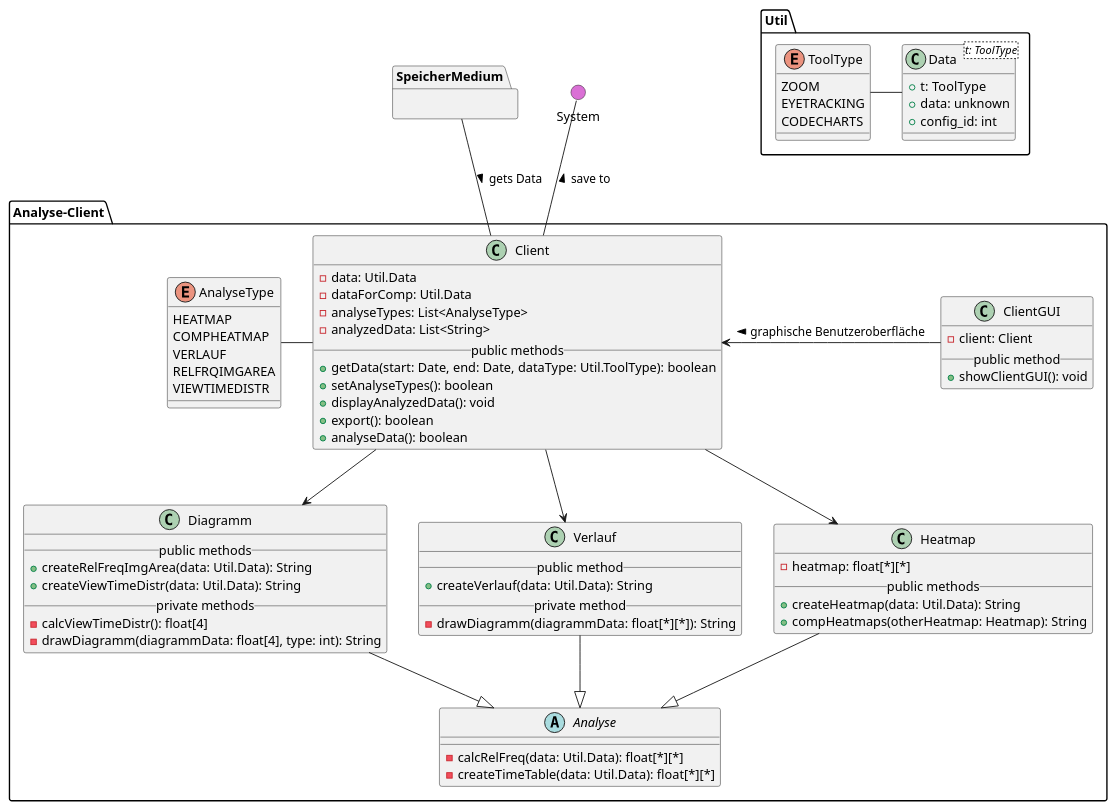
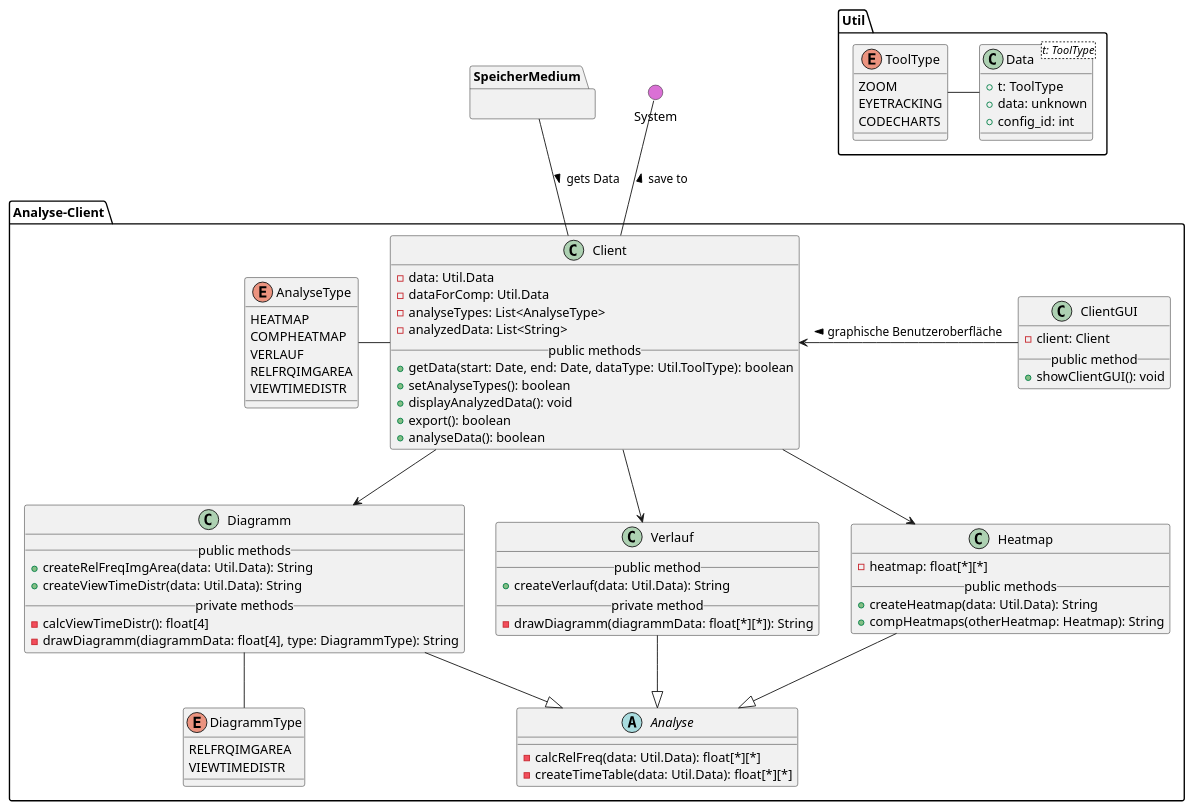
The diagram in meilenstein_03/uml-analyse-client/analyseclient.puml (weichware10/meilensteine), drawn with PlantUML before and after one commit.

Commit message:
Änderung Diagramm-Funktion

```diff
--- a/meilenstein_03/uml-analyse-client/analyseclient.puml
+++ b/meilenstein_03/uml-analyse-client/analyseclient.puml
@@ -1,111 +1,118 @@
 @startuml analyseclient
 
 ' === ANALYSE CLIENT ===
 package Analyse-Client{
 
     ' Client
     class Client {
         - data: Util.Data
         - dataForComp: Util.Data
         - analyseTypes: List<AnalyseType>
         - analyzedData: List<String>
         __public methods__
         + getData(start: Date, end: Date, dataType: Util.ToolType): boolean
         + setAnalyseTypes(): boolean
         + displayAnalyzedData(): void
         + export(): boolean
         + analyseData(): boolean
     }
 
     ' Analyse
     abstract Analyse {
         - calcRelFreq(data: Util.Data): float[*][*]
         - createTimeTable(data: Util.Data): float[*][*]
     }
 
     ' Heatmap
     class Heatmap {
         - heatmap: float[*][*]
         __public methods__
         + createHeatmap(data: Util.Data): String
         + compHeatmaps(otherHeatmap: Heatmap): String
     }
 
     ' Verlauf
     class Verlauf {
         __public method__
         + createVerlauf(data: Util.Data): String
         __private method__
         - drawDiagramm(diagrammData: float[*][*]): String
     }
 
     ' Diagramm
     class Diagramm {
         __public methods__
         + createRelFreqImgArea(data: Util.Data): String
         + createViewTimeDistr(data: Util.Data): String
         __private methods__
         - calcViewTimeDistr(): float[4]
-        - drawDiagramm(diagrammData: float[4], type: int): String
+        - drawDiagramm(diagrammData: float[4], type: DiagrammType): String
+    }
+
+    ' DiagrammType
+    enum DiagrammType {
+        RELFRQIMGAREA
+        VIEWTIMEDISTR
     }
 
     ' Type
     enum AnalyseType {
         HEATMAP
         COMPHEATMAP
         VERLAUF
         RELFRQIMGAREA
         VIEWTIMEDISTR
     }
 
     ' ClientGUI
     class ClientGUI {
         - client: Client
         __public method__
         + showClientGUI(): void
     }
 
     ' Vererbung
     Analyse <|-u- Heatmap
     Analyse <|-u- Verlauf
     Analyse <|-u- Diagramm
 
     ' Interaktionen
     Client -d-> Heatmap
     Client -d-> Verlauf
     Client -d-> Diagramm
     Client -l- AnalyseType
     Client <-r- ClientGUI : < graphische Benutzeroberfläche
+    Diagramm -- DiagrammType
 
 }
 
 ' Blackbox
 package SpeicherMedium {}
 
 package Util {
 
     ' Typen der erhobenen Daten
     enum ToolType {
         ZOOM
         EYETRACKING
         CODECHARTS
     }
 
     ' Daten
     class Data<t: ToolType> {
         + t: ToolType
         + data: unknown
         + config_id: int
     }
 
     ' Interaktionen
     Data -l- ToolType
 }
 
 () System #DA70D5
 
 ' Interaktionen
 Client -u- System: > save to
 Client -u- SpeicherMedium : < gets Data
 
 @enduml
```
